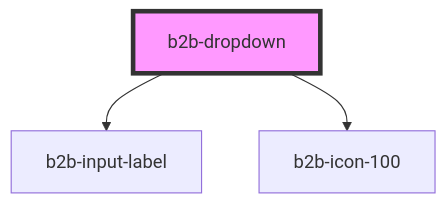
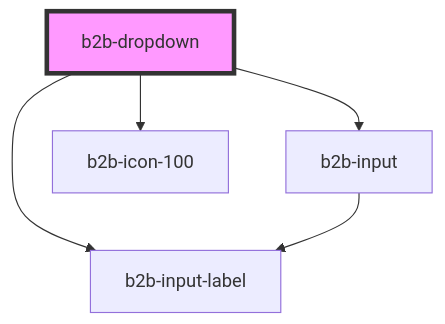
Before and after one commit to otto-de/b2b-design-system: the diagram in packages/core-components/src/components/dropdown/readme.md, drawn with Mermaid. The commit also changed other lines of this file and 4 other files, not shown here.

````diff
--- a/packages/core-components/src/components/dropdown/readme.md
+++ b/packages/core-components/src/components/dropdown/readme.md
@@ -53,6 +55,8 @@
 ```mermaid
 graph TD;
   b2b-dropdown --> b2b-input-label
+  b2b-dropdown --> b2b-input
   b2b-dropdown --> b2b-icon-100
+  b2b-input --> b2b-input-label
   style b2b-dropdown fill:#f9f,stroke:#333,stroke-width:4px
 ```
````
